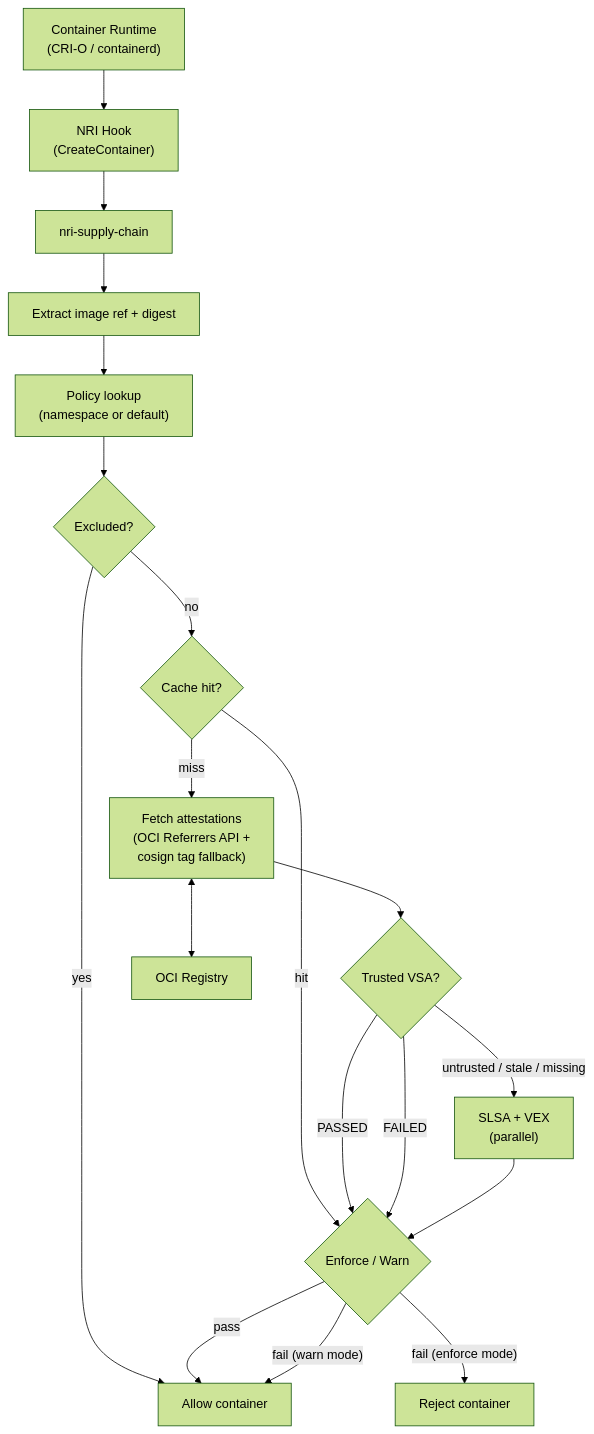
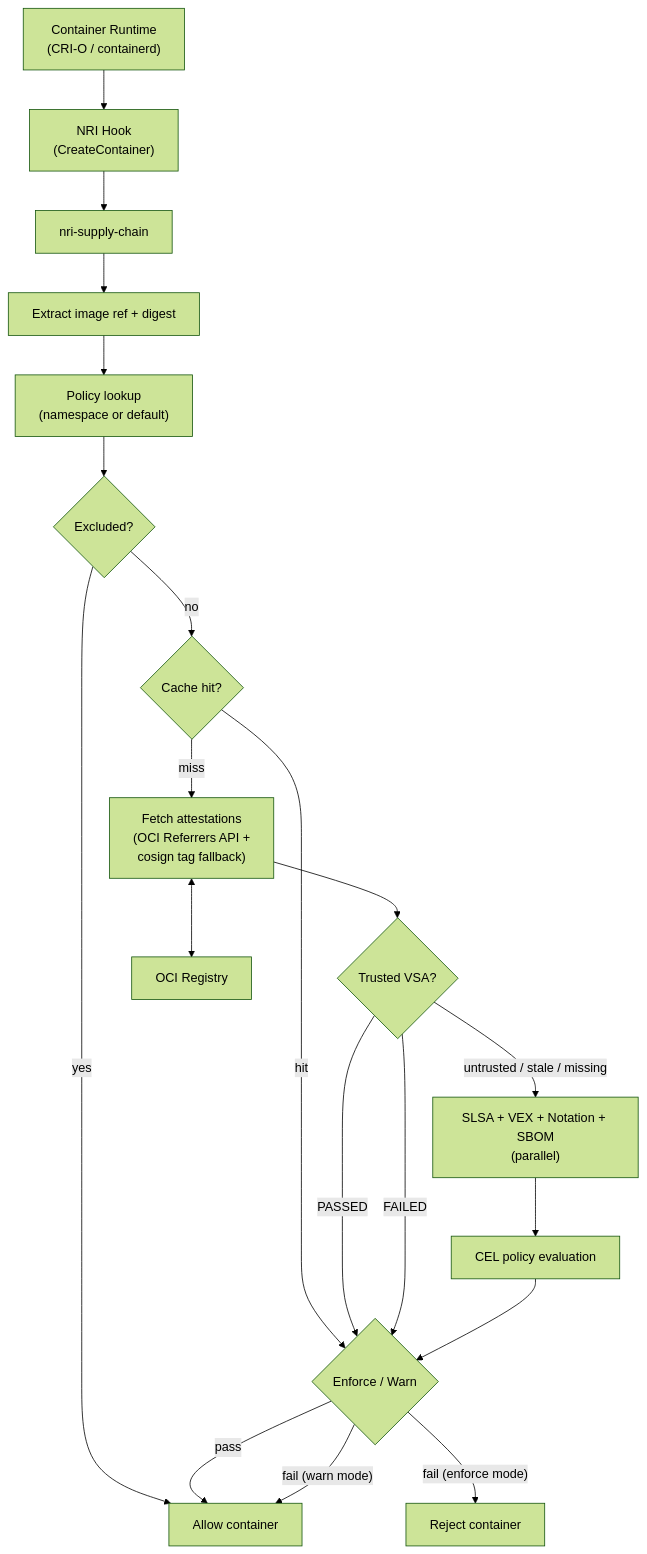
Before and after one commit to saschagrunert/nri-supply-chain: the diagram in README.md, drawn with Mermaid (forest theme). The commit also changed other lines of this file and 15 other files, not shown here.

````diff
--- a/README.md
+++ b/README.md
@@ -182,32 +182,33 @@
 ```mermaid
 flowchart TD
     Runtime["Container Runtime\n(CRI-O / containerd)"]
     NRI["NRI Hook\n(CreateContainer)"]
     Plugin["nri-supply-chain"]
     Extract["Extract image ref + digest"]
     Policy["Policy lookup\n(namespace or default)"]
     Exclude{"Excluded?"}
     Cache{"Cache hit?"}
     Fetch["Fetch attestations\n(OCI Referrers API +\ncosign tag fallback)"]
     VSA{"Trusted VSA?"}
-    Parallel["SLSA + VEX\n(parallel)"]
+    Parallel["SLSA + VEX + Notation + SBOM\n(parallel)"]
+    CEL["CEL policy evaluation"]
     Enforce{"Enforce / Warn"}
     Allow["Allow container"]
     Reject["Reject container"]
     Registry["OCI Registry"]
 
     Runtime --> NRI --> Plugin --> Extract --> Policy --> Exclude
     Exclude -- yes --> Allow
     Exclude -- no --> Cache
     Cache -- hit --> Enforce
     Cache -- miss --> Fetch
     Fetch <--> Registry
     Fetch --> VSA
     VSA -- "PASSED" --> Enforce
     VSA -- "FAILED" --> Enforce
     VSA -- "untrusted / stale / missing" --> Parallel
-    Parallel --> Enforce
+    Parallel --> CEL --> Enforce
     Enforce -- pass --> Allow
     Enforce -- "fail (enforce mode)" --> Reject
     Enforce -- "fail (warn mode)" --> Allow
 ```
````
